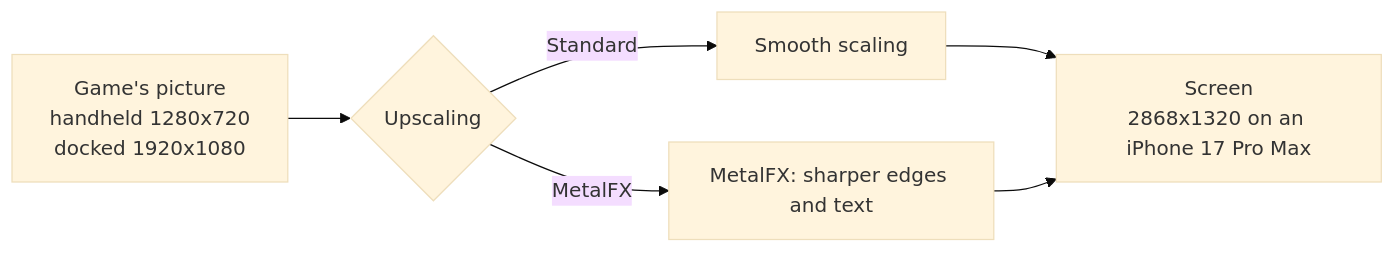
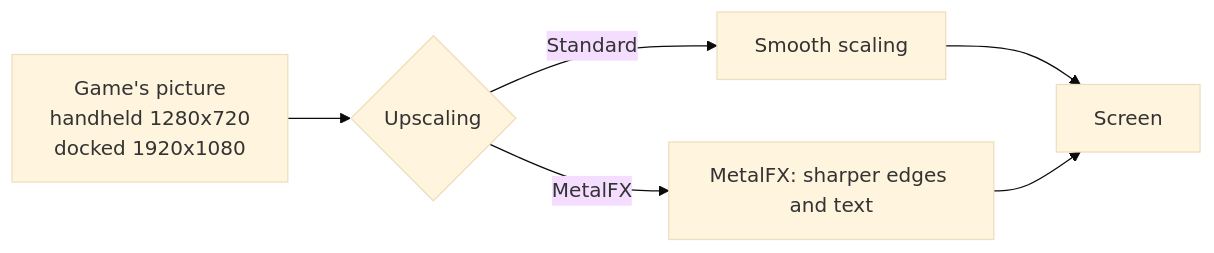
One commit to cadocruz/nxdroid changed the first of 4 diagrams in docs/settings.md. Above: the diagram before and after it, drawn with Mermaid (base theme). The commit also changed other lines of this file and 26 other files, not shown here.

````diff
--- a/docs/settings.md
+++ b/docs/settings.md
@@ -38,8 +33,8 @@
 ```mermaid
 flowchart LR
     G["Game's picture<br/>handheld 1280x720<br/>docked 1920x1080"] --> S{Upscaling}
     S -->|Standard| B["Smooth scaling"]
     S -->|MetalFX| M["MetalFX: sharper edges and text"]
-    B --> D["Screen<br/>2868x1320 on an iPhone 17 Pro Max"]
+    B --> D["Screen"]
     M --> D
 ```
````
